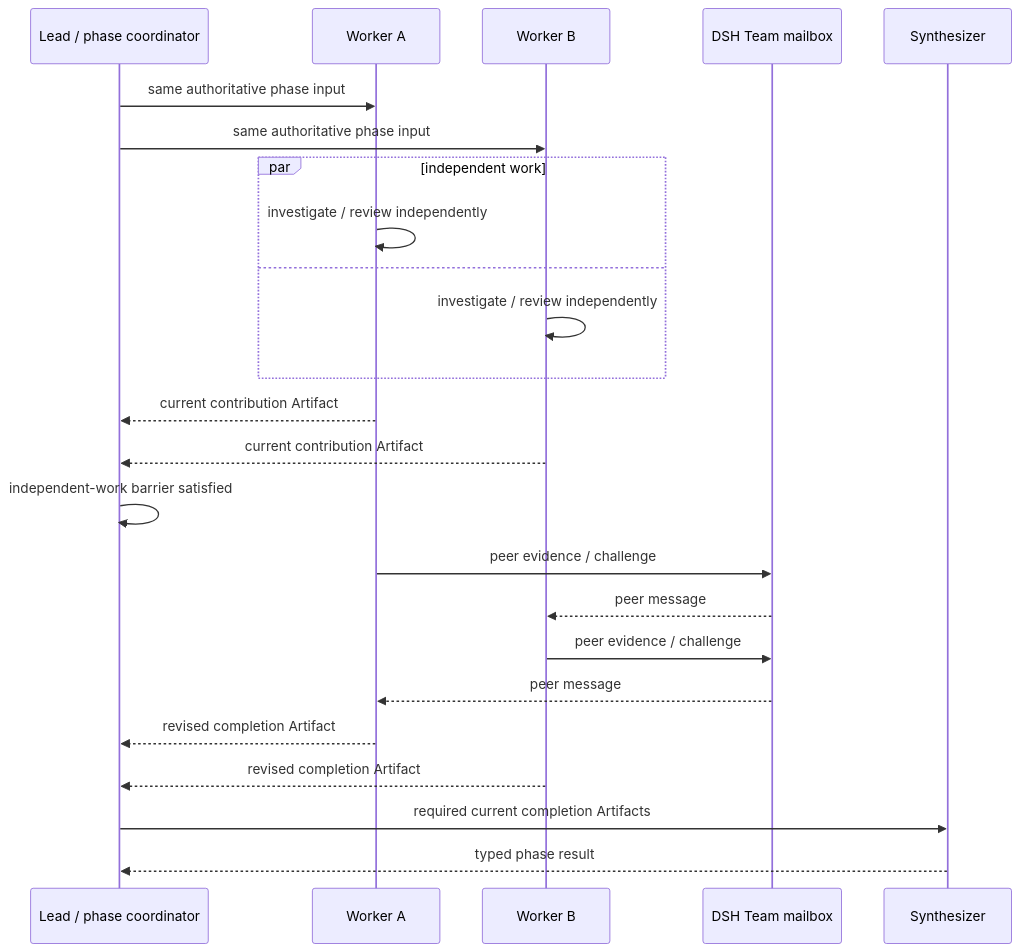
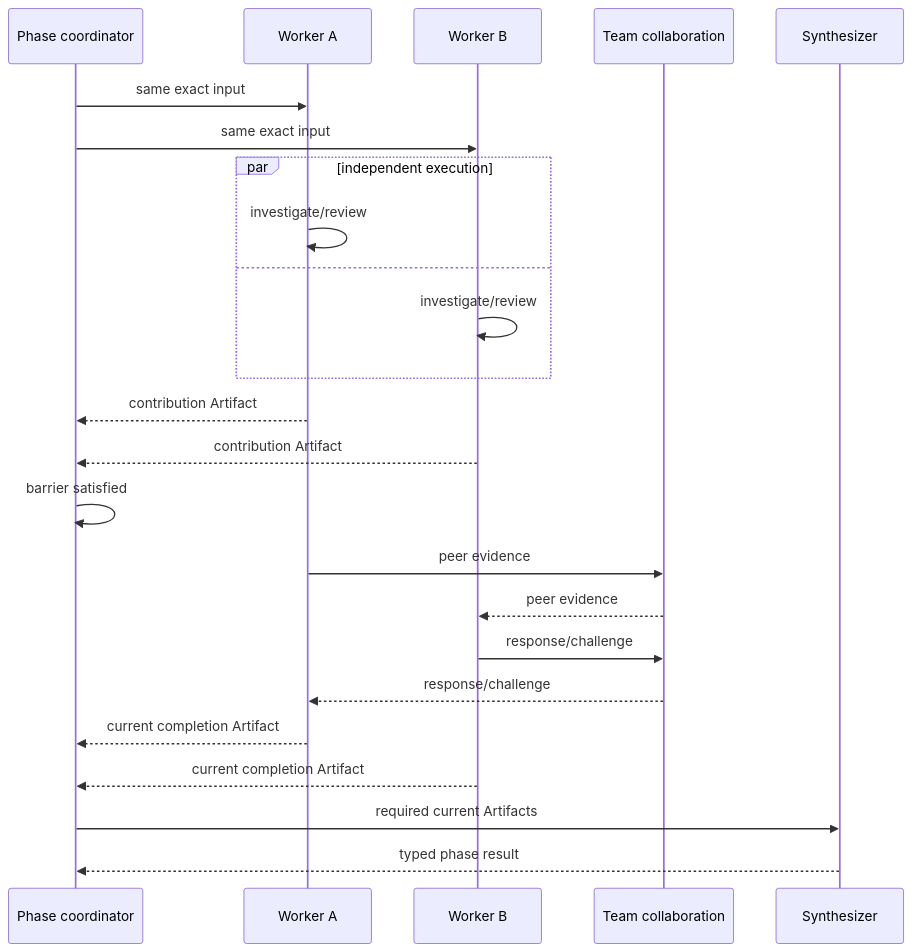
One commit to tsuuanmi/AgentOS changed the sixth of 8 diagrams in docs/architecture/interaction-model.md. Above: the diagram before and after it, drawn with Mermaid. The commit also changed other lines of this file, not shown here.

```diff
--- a/docs/architecture/interaction-model.md
+++ b/docs/architecture/interaction-model.md
@@ -185,33 +152,33 @@
 ~~~mermaid
 sequenceDiagram
-    participant Lead as Lead / phase coordinator
+    participant P as Phase coordinator
     participant A as Worker A
     participant B as Worker B
-    participant Team as DSH Team mailbox
-    participant Synth as Synthesizer
+    participant T as Team collaboration
+    participant S as Synthesizer
 
-    Lead->>A: same authoritative phase input
-    Lead->>B: same authoritative phase input
+    P->>A: same exact input
+    P->>B: same exact input
 
-    par independent work
-        A->>A: investigate / review independently
+    par independent execution
+        A->>A: investigate/review
     and
-        B->>B: investigate / review independently
+        B->>B: investigate/review
     end
 
-    A-->>Lead: current contribution Artifact
-    B-->>Lead: current contribution Artifact
+    A-->>P: contribution Artifact
+    B-->>P: contribution Artifact
 
-    Lead->>Lead: independent-work barrier satisfied
+    P->>P: barrier satisfied
 
-    A->>Team: peer evidence / challenge
-    Team-->>B: peer message
-    B->>Team: peer evidence / challenge
-    Team-->>A: peer message
+    A->>T: peer evidence
+    T-->>B: peer evidence
+    B->>T: response/challenge
+    T-->>A: response/challenge
 
-    A-->>Lead: revised completion Artifact
-    B-->>Lead: revised completion Artifact
+    A-->>P: current completion Artifact
+    B-->>P: current completion Artifact
 
-    Lead->>Synth: required current completion Artifacts
-    Synth-->>Lead: typed phase result
+    P->>S: required current Artifacts
+    S-->>P: typed phase result
 ~~~
```
